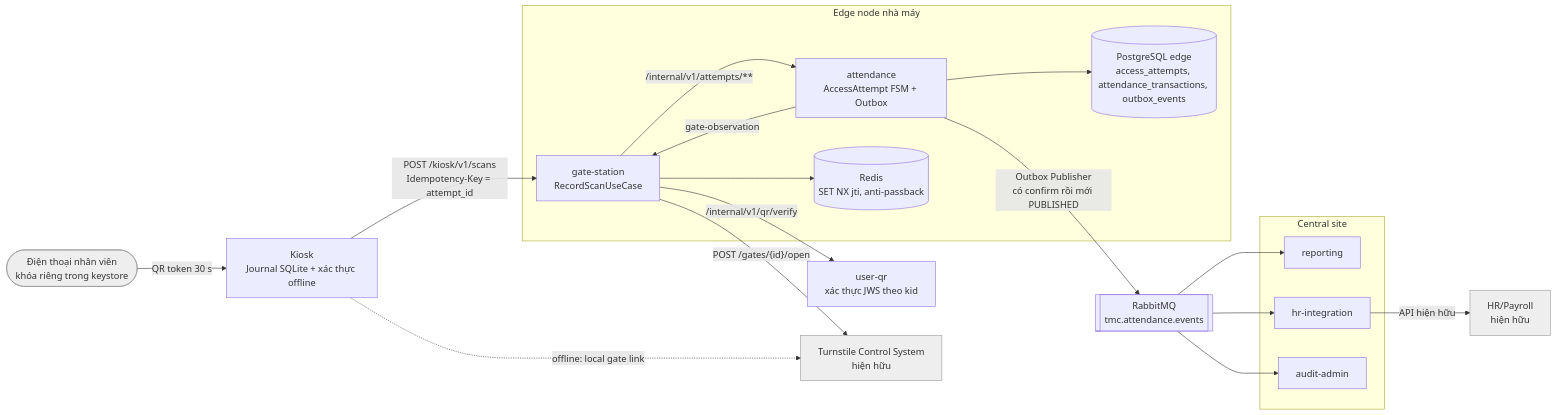
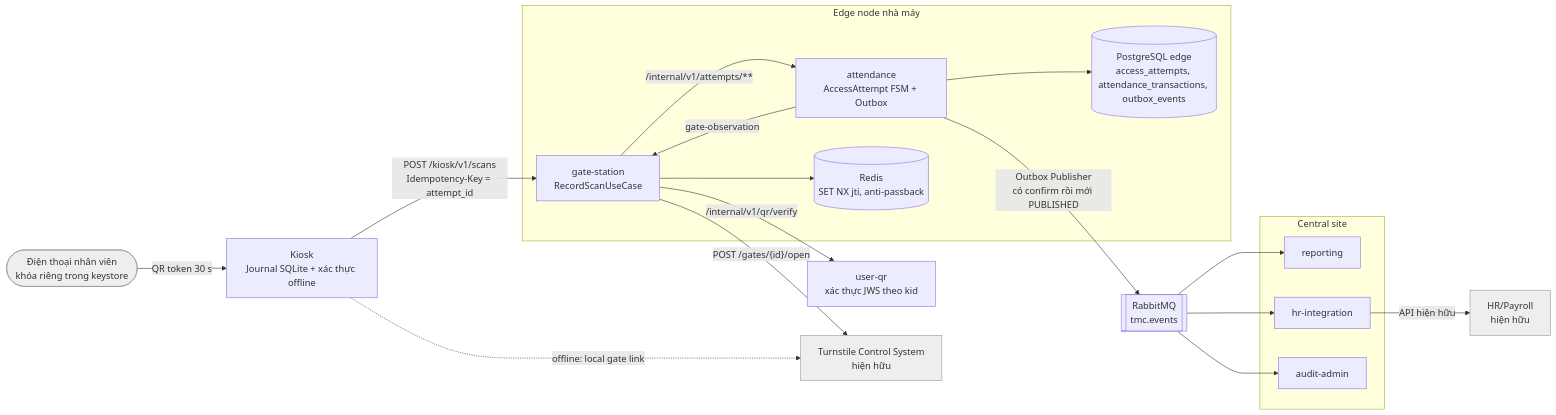
One commit to lamelihuynh/tmc changed the first of 2 diagrams in docs/architecture/c4-edge.md. Above: the diagram before and after it, drawn with Mermaid. The commit also changed 40 other files, not shown here.

First line of the commit message:
feat(central): real RabbitMQ consumers on tmc.events with a JDBC dedup store

````diff
--- a/docs/architecture/c4-edge.md
+++ b/docs/architecture/c4-edge.md
@@ -7,36 +7,36 @@
 ```mermaid
 flowchart LR
   phone([Điện thoại nhân viên<br/>khóa riêng trong keystore]):::ext
   kiosk[Kiosk<br/>Journal SQLite + xác thực offline]
   subgraph edge[Edge node nhà máy]
     gate[gate-station<br/>RecordScanUseCase]
     att[attendance<br/>AccessAttempt FSM + Outbox]
     redis[(Redis<br/>SET NX jti, anti-passback)]
     pg[(PostgreSQL edge<br/>access_attempts, attendance_transactions, outbox_events)]
   end
   qr[user-qr<br/>xác thực JWS theo kid]
   turn[Turnstile Control System<br/>hiện hữu]:::ext
-  broker[[RabbitMQ<br/>tmc.attendance.events]]
+  broker[[RabbitMQ<br/>tmc.events]]
   subgraph central[Central site]
     rep[reporting]
     hr[hr-integration]
     aud[audit-admin]
   end
   hrp[HR/Payroll<br/>hiện hữu]:::ext
 
   phone -- "QR token 30 s" --> kiosk
   kiosk -- "POST /kiosk/v1/scans<br/>Idempotency-Key = attempt_id" --> gate
   kiosk -. "offline: local gate link" .-> turn
   gate -- "/internal/v1/qr/verify" --> qr
   gate --> redis
   gate -- "/internal/v1/attempts/**" --> att
   gate -- "POST /gates/{id}/open" --> turn
   att --> pg
   att -- "Outbox Publisher<br/>có confirm rồi mới PUBLISHED" --> broker
   att -- "gate-observation" --> gate
   broker --> rep
   broker --> hr
   broker --> aud
   hr -- "API hiện hữu" --> hrp
   classDef ext fill:#eee,stroke:#999
 ```
````
